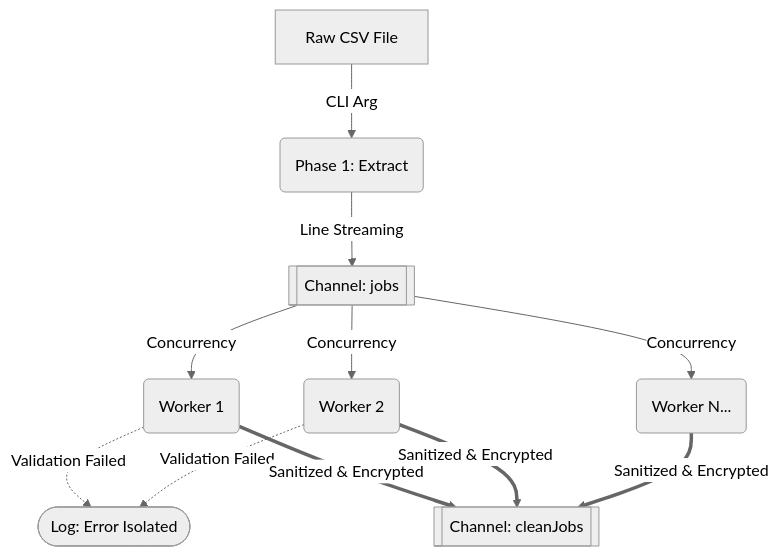
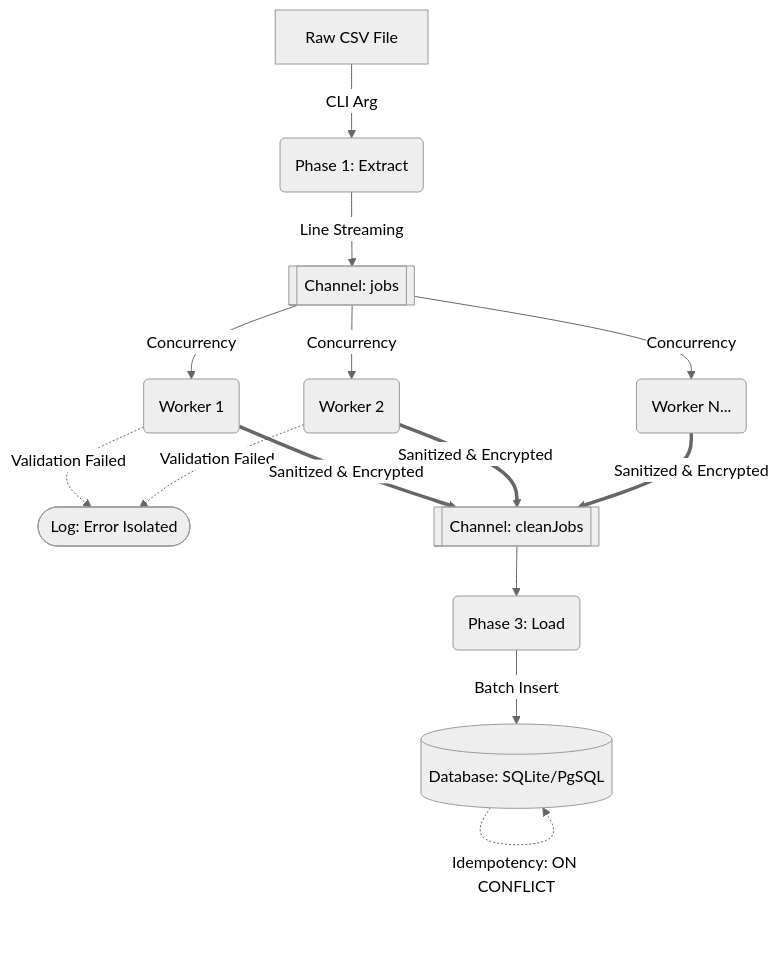
One commit to SanjiTriste/AegisStream changed the diagram in README.md. Above: the diagram before and after it, drawn with Mermaid (neutral theme).

Commit message:
Clean up README by removing code block
Removed unnecessary code block from README.

````diff
--- a/README.md
+++ b/README.md
@@ -24,17 +24,21 @@
 ```mermaid
 flowchart TD
     A[Raw CSV File] -->|CLI Arg| B(Phase 1: Extract)
     B -->|Line Streaming| C[[Channel: jobs]]
     
     C -->|Concurrency| D1(Worker 1)
     C -->|Concurrency| D2(Worker 2)
     C -->|Concurrency| D3(Worker N...)
     
     D1 -.->|Validation Failed| E([Log: Error Isolated])
     D2 -.->|Validation Failed| E
     
     D1 ==>|Sanitized & Encrypted| F[[Channel: cleanJobs]]
     D2 ==>|Sanitized & Encrypted| F
     D3 ==>|Sanitized & Encrypted| F
     
-   ```
+   
+    F --> G(Phase 3: Load)
+    G -->|Batch Insert| H[(Database: SQLite/PgSQL)]
+    H -.->|Idempotency: ON CONFLICT| H
+```
````
